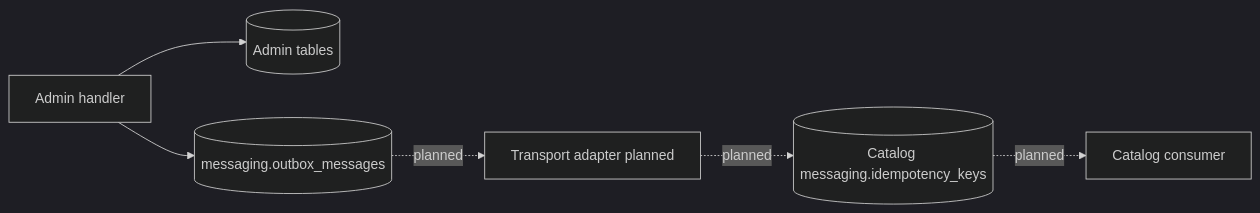
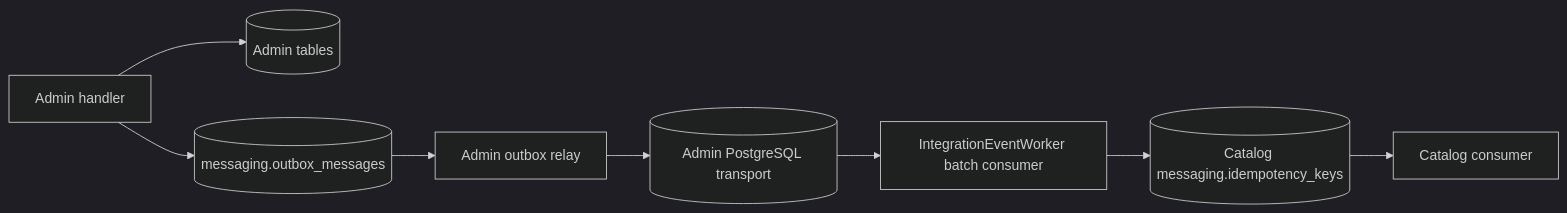
One commit to danigutsch/ViajantesTurismo changed the second of 10 diagrams in docs/architecture/FLOWS.md. Above: the diagram before and after it, drawn with Mermaid (dark theme). The commit also changed other lines of this file and 11 other files, not shown here.

Commit message:
docs(architecture): document typed messaging ownership

````diff
--- a/docs/architecture/FLOWS.md
+++ b/docs/architecture/FLOWS.md
@@ -87,15 +67,19 @@
 ```mermaid
 flowchart LR
     adminHandler[Admin handler]
     adminDb[(Admin tables)]
     outbox[(messaging.outbox_messages)]
-    transport[Transport adapter planned]
+    relay[Admin outbox relay]
+    transport[(Admin PostgreSQL transport)]
+    worker[IntegrationEventWorker batch consumer]
     inbox[(Catalog messaging.idempotency_keys)]
     catalogConsumer[Catalog consumer]
 
     adminHandler --> adminDb
     adminHandler --> outbox
-    outbox -. planned .-> transport
-    transport -. planned .-> inbox
-    inbox -. planned .-> catalogConsumer
+    outbox --> relay
+    relay --> transport
+    transport --> worker
+    worker --> inbox
+    inbox --> catalogConsumer
 ```
````
